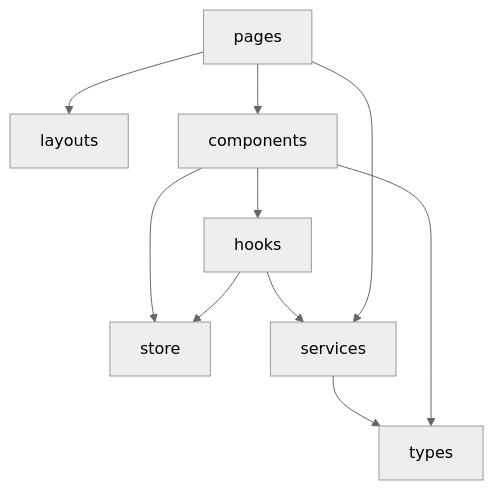
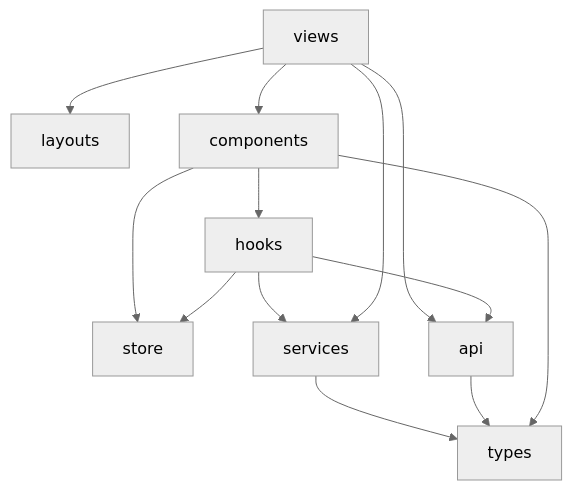
The diagram in docs/architecture/frontend.md (DonutGeek/jl-git), drawn with Mermaid (neutral theme) before and after one commit. The commit also changed other lines of this file and 426 other files, not shown here.

````diff
--- a/docs/architecture/frontend.md
+++ b/docs/architecture/frontend.md
@@ -54,12 +57,15 @@
 ```mermaid
 flowchart TB
-  pages --> layouts
-  pages --> components
+  views --> layouts
+  views --> components
   components --> hooks
   components --> store
   hooks --> services
   hooks --> store
-  pages --> services
+  views --> services
+  views --> api
+  hooks --> api
   services --> types
+  api --> types
   components --> types
 ```
````
